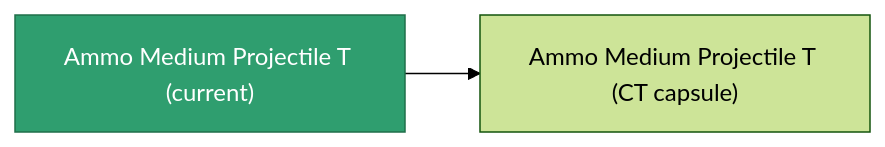
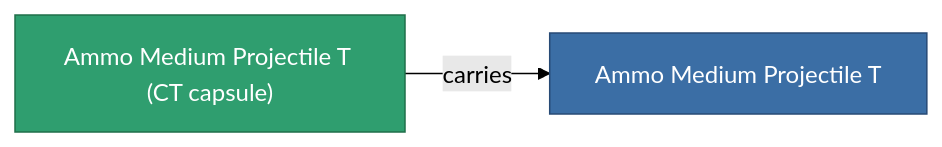
Before and after one commit to OpenPerpetuum/Wiki: the diagram in content/content/items/ammo_medium_projectile_t.md, drawn with Mermaid (forest theme). The commit also changed 2015 other files, not shown here.

````diff
--- a/content/content/items/ammo_medium_projectile_t.md
+++ b/content/content/items/ammo_medium_projectile_t.md
@@ -35,8 +35,9 @@
 ```mermaid
 graph LR
-    a["Ammo Medium Projectile T (current)"]:::current
-    b["Ammo Medium Projectile T (CT capsule)"]
-    a --> b
-    click b "/content/items/ammo-medium-projectile-t-ct-capsule/" "Ammo Medium Projectile T (CT capsule)"
+    a["Ammo Medium Projectile T (CT capsule)"]:::current
+    b["Ammo Medium Projectile T"]:::finished
+    a -->|carries| b
+                click b "/content/items/ammo-medium-projectile-t/" "Ammo Medium Projectile T"
     classDef current fill:#2f9e6f,stroke:#1f6f4a,color:#ffffff
+    classDef finished fill:#3b6ea5,stroke:#274a75,color:#ffffff
 ```
````
